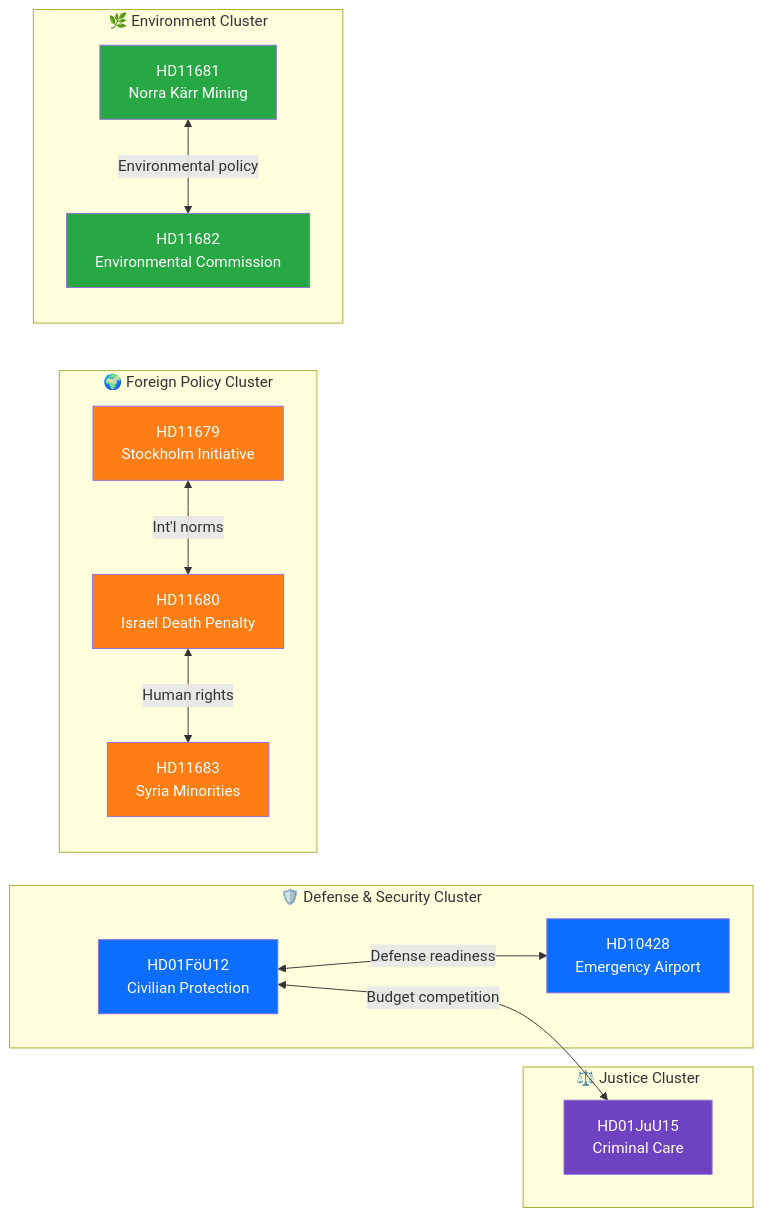
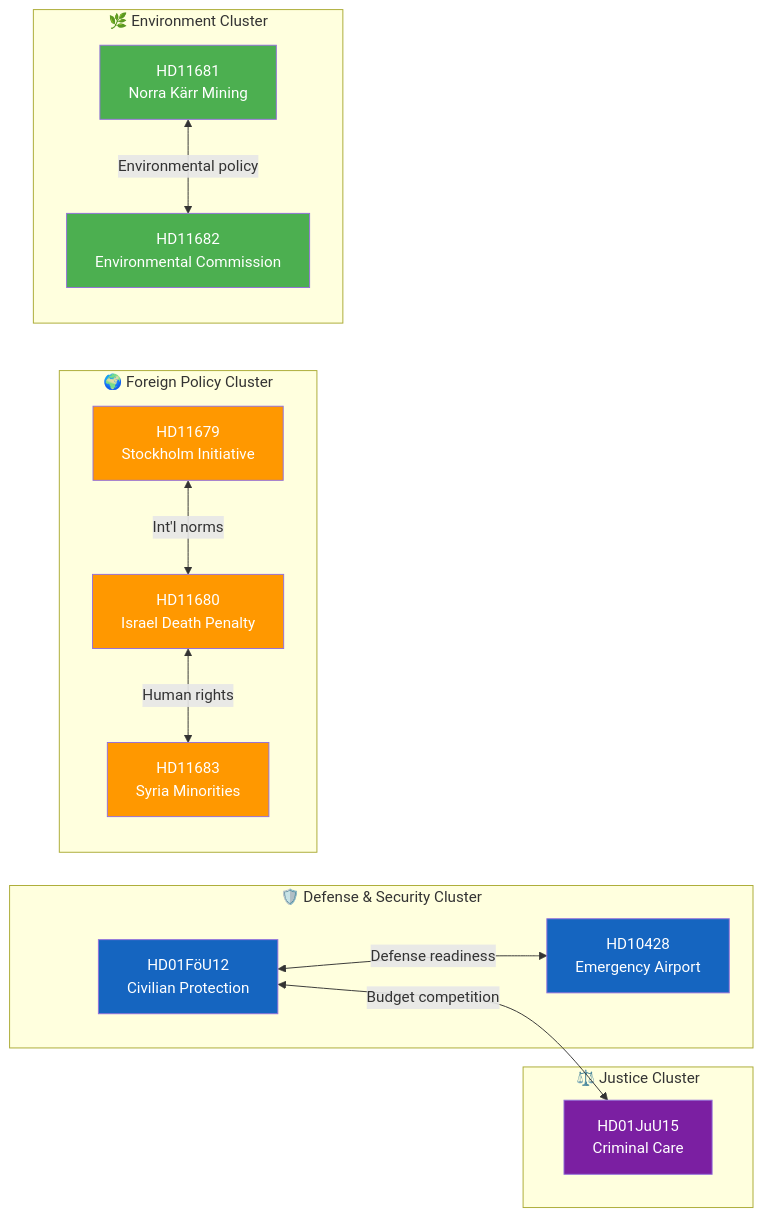
One commit to Hack23/riksdagsmonitor changed the diagram in analysis/daily/2026-04-06/realtime-1029/cross-reference-map.md. Above: the diagram before and after it, drawn with Mermaid. The commit also changed 785 other files, not shown here.

First line of the commit message:
Normalize mermaid colors across 786 analysis artifacts to ISMS Style Guide palette

````diff
--- a/analysis/daily/2026-04-06/realtime-1029/cross-reference-map.md
+++ b/analysis/daily/2026-04-06/realtime-1029/cross-reference-map.md
@@ -17,37 +17,37 @@
 ```mermaid
 graph LR
     subgraph "🛡️ Defense & Security Cluster"
         FöU12["HD01FöU12<br/>Civilian Protection"]
         IP428["HD10428<br/>Emergency Airport"]
     end
 
     subgraph "⚖️ Justice Cluster"
         JuU15["HD01JuU15<br/>Criminal Care"]
     end
 
     subgraph "🌍 Foreign Policy Cluster"
         Q79["HD11679<br/>Stockholm Initiative"]
         Q80["HD11680<br/>Israel Death Penalty"]
         Q83["HD11683<br/>Syria Minorities"]
     end
 
     subgraph "🌿 Environment Cluster"
         Q81["HD11681<br/>Norra Kärr Mining"]
         Q82["HD11682<br/>Environmental Commission"]
     end
 
     FöU12 <-->|"Defense readiness"| IP428
     FöU12 <-->|"Budget competition"| JuU15
     Q80 <-->|"Human rights"| Q83
     Q79 <-->|"Int'l norms"| Q80
     Q81 <-->|"Environmental policy"| Q82
 
-    style FöU12 fill:#0d6efd,color:#fff
-    style JuU15 fill:#6f42c1,color:#fff
-    style IP428 fill:#0d6efd,color:#fff
-    style Q79 fill:#fd7e14,color:#fff
-    style Q80 fill:#fd7e14,color:#fff
-    style Q83 fill:#fd7e14,color:#fff
-    style Q81 fill:#28a745,color:#fff
-    style Q82 fill:#28a745,color:#fff
+    style FöU12 fill:#1565C0,color:#FFFFFF
+    style JuU15 fill:#7B1FA2,color:#FFFFFF
+    style IP428 fill:#1565C0,color:#FFFFFF
+    style Q79 fill:#FF9800,color:#FFFFFF
+    style Q80 fill:#FF9800,color:#FFFFFF
+    style Q83 fill:#FF9800,color:#FFFFFF
+    style Q81 fill:#4CAF50,color:#FFFFFF
+    style Q82 fill:#4CAF50,color:#FFFFFF
 ```
````
